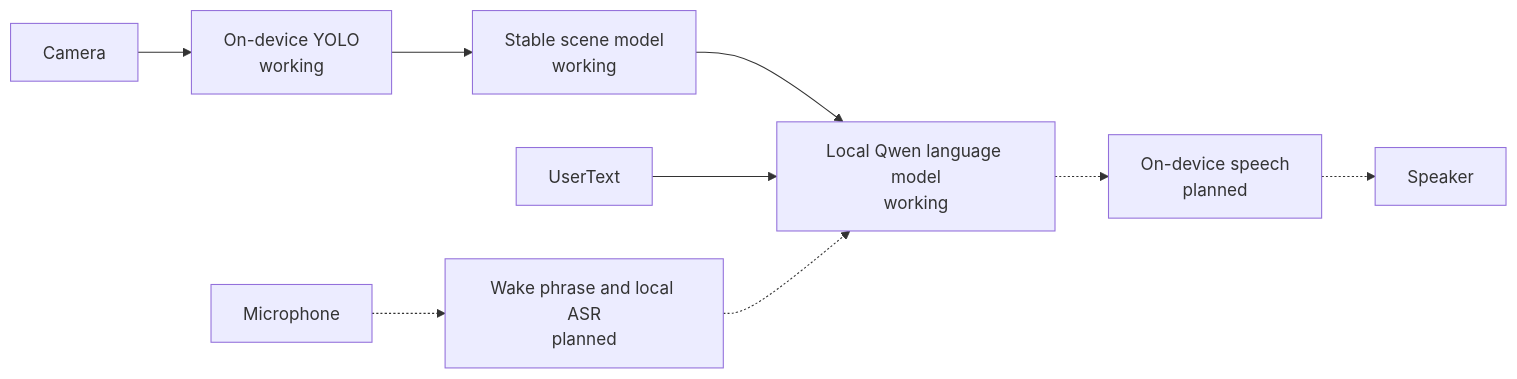
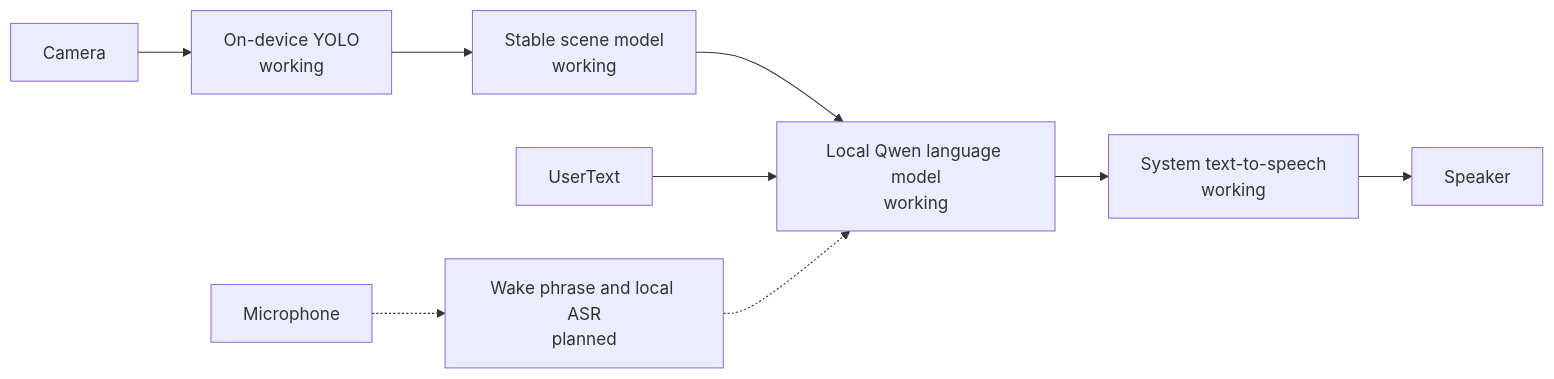
One commit to ChabanovX/pov-agent changed the diagram in README.md. Above: the diagram before and after it, drawn with Mermaid. The commit also changed other lines of this file and 1 other file, not shown here.

Commit message:
docs(speech): document system speech milestone

````diff
--- a/README.md
+++ b/README.md
@@ -59,11 +62,11 @@
 ```mermaid
 flowchart LR
     Camera --> YOLO["On-device YOLO<br/>working"]
     YOLO --> Scene["Stable scene model<br/>working"]
     Microphone -.-> ASR["Wake phrase and local ASR<br/>planned"]
     Scene --> LLM["Automatic scene prompt<br/>working"]
     UserText --> LLM["Local Qwen language model<br/>working"]
     ASR -.-> LLM
-    LLM -.-> TTS["On-device speech<br/>planned"]
-    TTS -.-> Speaker
+    LLM --> TTS["System text-to-speech<br/>working"]
+    TTS --> Speaker
 ```
````
